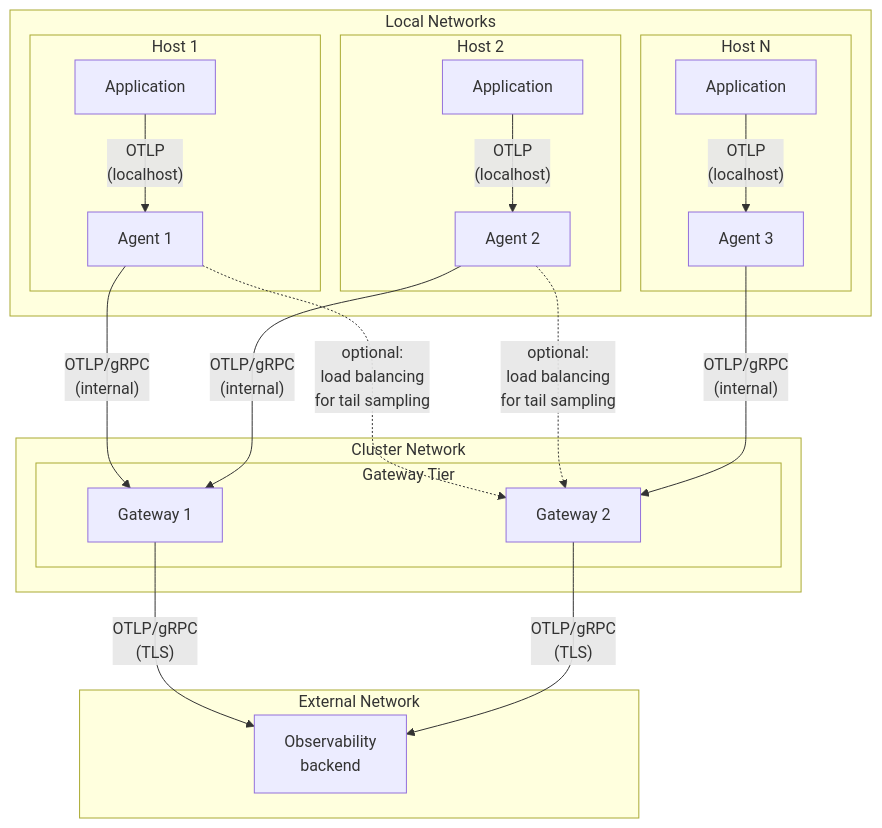
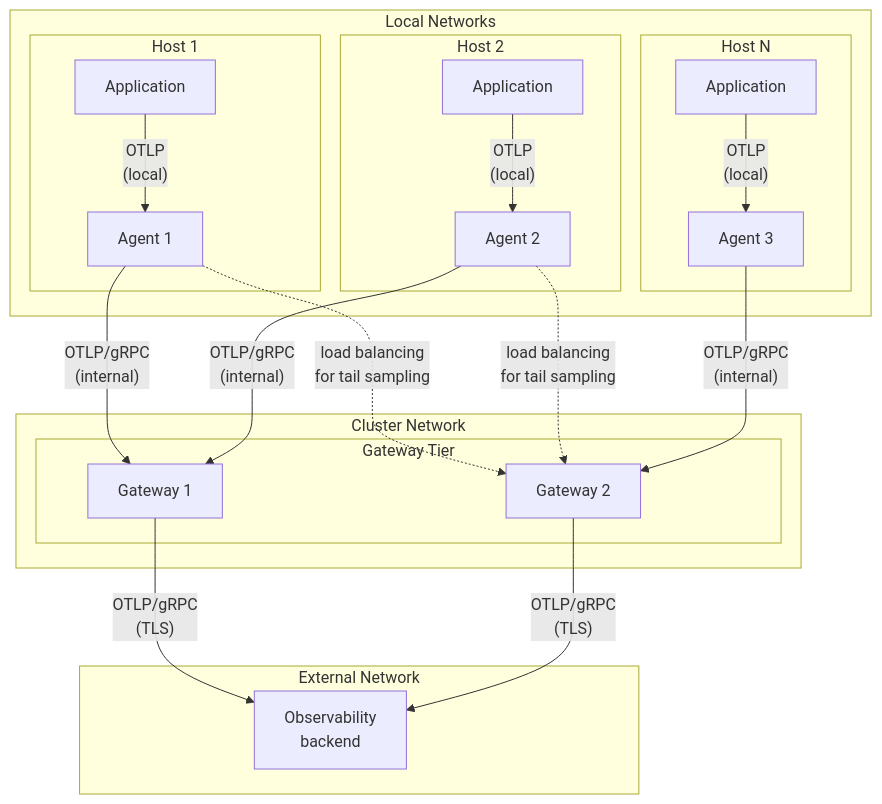
Before and after one commit to open-telemetry/opentelemetry.io: the first of 2 diagrams in content/en/docs/collector/deploy/other/agent-to-gateway/_index.md, drawn with Mermaid. The commit also changed other lines of this file, not shown here.

````diff
--- a/content/en/docs/collector/deploy/other/agent-to-gateway/_index.md
+++ b/content/en/docs/collector/deploy/other/agent-to-gateway/_index.md
@@ -43,43 +45,43 @@
 ```mermaid
 graph TB
     subgraph "Local Networks"
         subgraph "Host 1"
             App1[Application]
             Agent1["Agent 1"]
         end
 
         subgraph "Host 2"
             App2[Application]
             Agent2["Agent 2"]
         end
 
         subgraph "Host N"
             AppN[Application]
             AgentN["Agent 3"]
         end
     end
 
     subgraph "Cluster Network"
         subgraph "Gateway Tier"
             Gateway1["Gateway 1"]
             Gateway2["Gateway 2"]
         end
     end
 
     subgraph "External Network"
         Backend["Observability<br/>backend"]
     end
 
-    App1 -->|"OTLP<br/>(localhost)"| Agent1
-    App2 -->|"OTLP<br/>(localhost)"| Agent2
-    AppN -->|"OTLP<br/>(localhost)"| AgentN
+    App1 -->|"OTLP<br/>(local)"| Agent1
+    App2 -->|"OTLP<br/>(local)"| Agent2
+    AppN -->|"OTLP<br/>(local)"| AgentN
 
     Agent1 -->|"OTLP/gRPC<br/>(internal)"| Gateway1
-    Agent1 -.->|"optional:<br/>load balancing<br/>for tail sampling"| Gateway2
+    Agent1 -.->|"load balancing<br/>for tail sampling"| Gateway2
     Agent2 -->|"OTLP/gRPC<br/>(internal)"| Gateway1
-    Agent2 -.->|"optional:<br/>load balancing<br/>for tail sampling"| Gateway2
+    Agent2 -.->|"load balancing<br/>for tail sampling"| Gateway2
     AgentN -->|"OTLP/gRPC<br/>(internal)"| Gateway2
 
     Gateway1 -->|"OTLP/gRPC<br/>(TLS)"| Backend
     Gateway2 -->|"OTLP/gRPC<br/>(TLS)"| Backend
 ```
````
